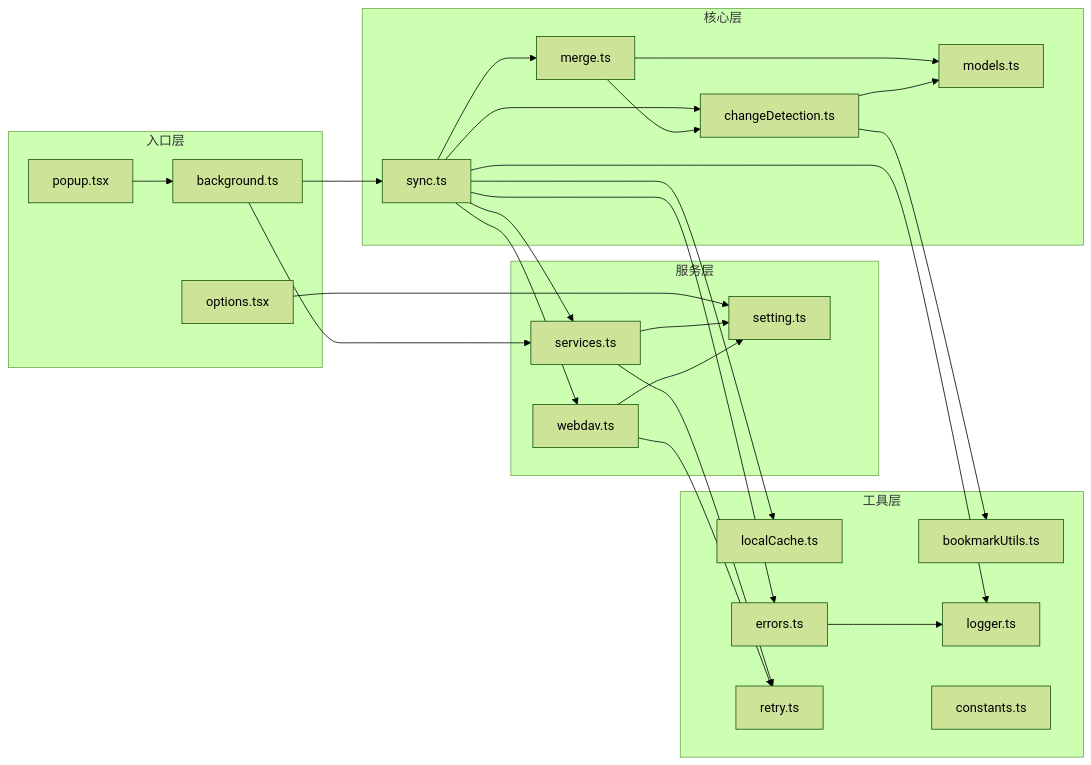
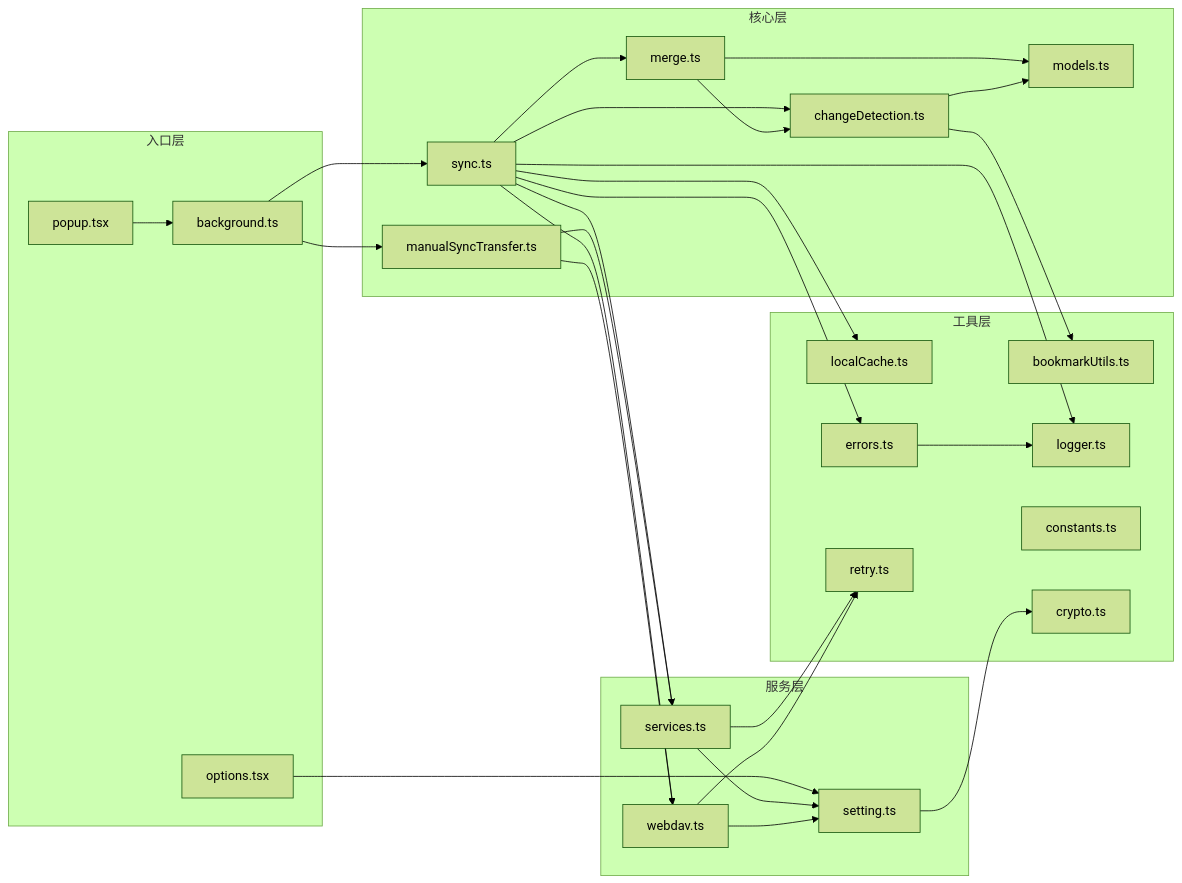
One commit to MuyuQ/BookmarkHub_MuyuQ changed the second of 4 diagrams in docs/项目架构总览.md. Above: the diagram before and after it, drawn with Mermaid (forest theme). The commit also changed other lines of this file and 3 other files, not shown here.

````diff
--- a/docs/项目架构总览.md
+++ b/docs/项目架构总览.md
@@ -179,55 +180,61 @@
 ```mermaid
 graph LR
     subgraph 入口层
         BG[background.ts]
         POP[popup.tsx]
         OPT[options.tsx]
     end
     
     subgraph 核心层
         SYNC[sync.ts]
         MERGE[merge.ts]
         DETECT[changeDetection.ts]
         MODELS[models.ts]
+        MANUAL[manualSyncTransfer.ts]
     end
     
     subgraph 服务层
         SVC[services.ts]
         WEBDAV[webdav.ts]
         SETTING[setting.ts]
     end
     
     subgraph 工具层
         BMUTILS[bookmarkUtils.ts]
         CACHE[localCache.ts]
         ERR[errors.ts]
         LOG[logger.ts]
         RETRY[retry.ts]
         CONST[constants.ts]
+        CRYPTO[crypto.ts]
     end
     
     BG --> SYNC
-    BG --> SVC
+    BG --> MANUAL
     POP --> BG
     OPT --> SETTING
     
     SYNC --> MERGE
     SYNC --> DETECT
     SYNC --> SVC
     SYNC --> WEBDAV
     SYNC --> CACHE
+    
+    MANUAL --> SVC
+    MANUAL --> WEBDAV
     
     MERGE --> DETECT
     MERGE --> MODELS
     DETECT --> BMUTILS
     DETECT --> MODELS
     
     SVC --> SETTING
     SVC --> RETRY
     WEBDAV --> SETTING
     WEBDAV --> RETRY
     
+    SETTING --> CRYPTO
     SYNC --> LOG
     SYNC --> ERR
     ERR --> LOG
 ```
````
